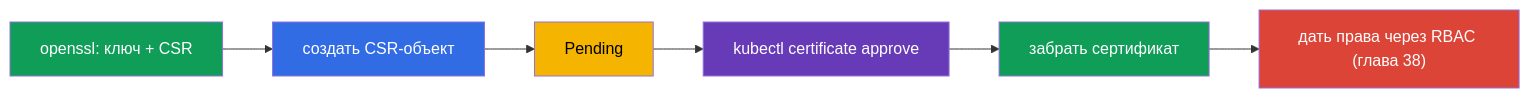
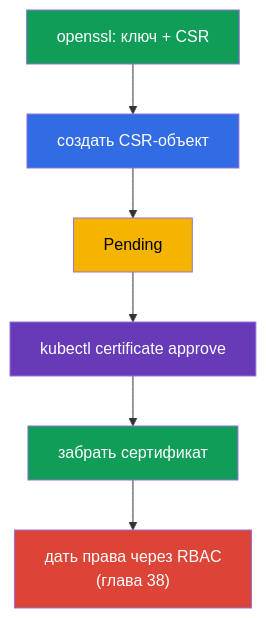
One commit to ViktorUJ/cks changed the fifth of 7 diagrams in tasks/cka/course/39/ru.md. Above: the diagram before and after it, drawn with Mermaid. The commit also changed other lines of this file and 30 other files, not shown here.

````diff
--- a/tasks/cka/course/39/ru.md
+++ b/tasks/cka/course/39/ru.md
@@ -162,10 +203,14 @@
 ```mermaid
-flowchart LR
-    gen["openssl: ключ + CSR"] --> obj["создать CSR-объект"] --> pend["Pending"] --> approve["kubectl certificate approve"] --> crt["забрать сертификат"] --> rbac["дать права через RBAC (глава 38)"]
+flowchart TB
+    gen["openssl: ключ + CSR"] --> obj["создать CSR-объект"]
+    obj --> pend["Pending"]
+    pend --> approve["kubectl certificate approve"]
+    approve --> crt["забрать сертификат"]
+    crt --> rbac["дать права через RBAC<br>(глава 38)"]
     style gen fill:#0f9d58,color:#fff
     style obj fill:#326ce5,color:#fff
     style pend fill:#f4b400,color:#000
     style approve fill:#673ab7,color:#fff
     style crt fill:#0f9d58,color:#fff
     style rbac fill:#db4437,color:#fff
 ```
````
